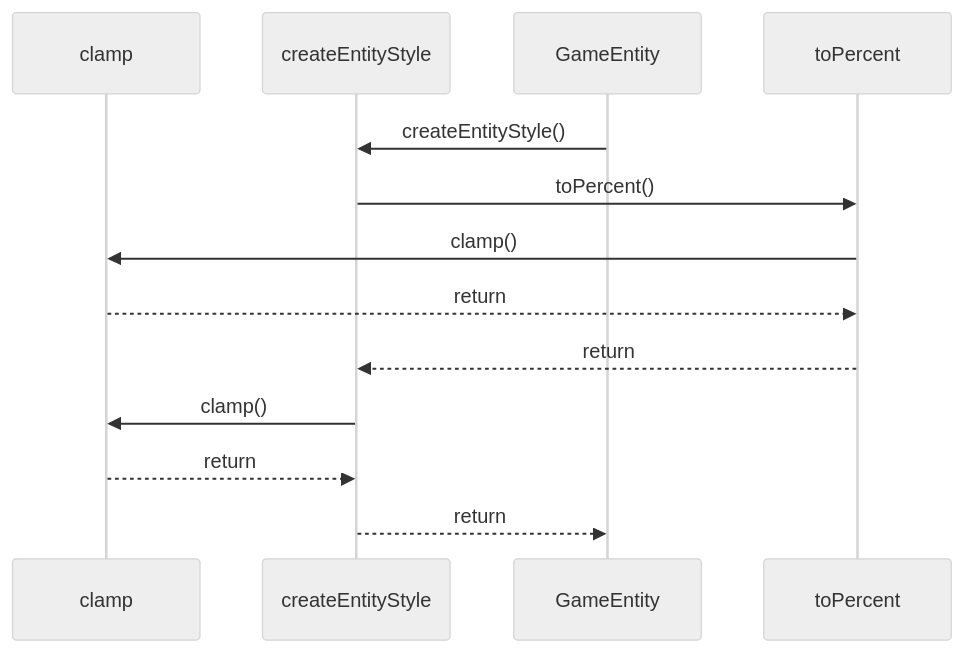
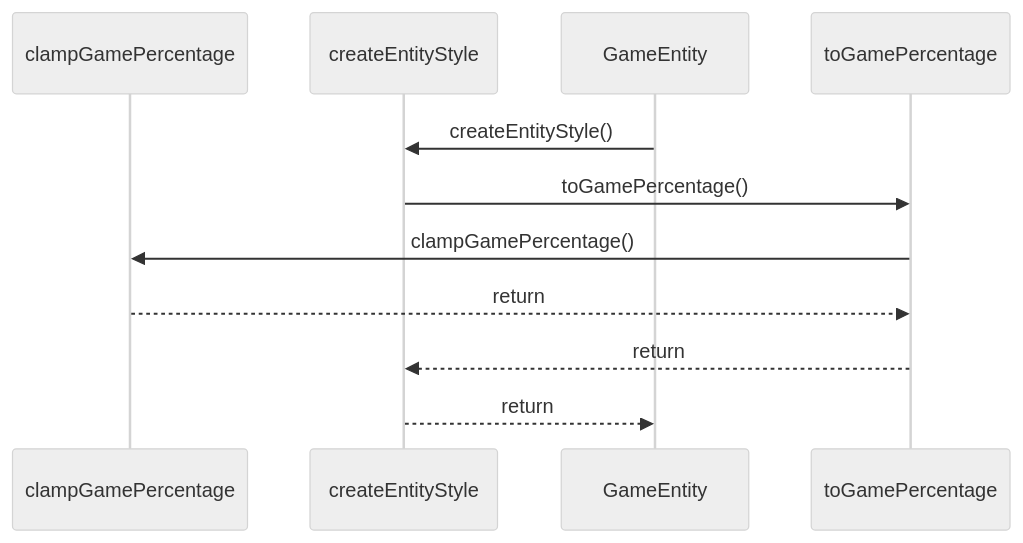
The diagram in paradox/diagrams/sequences/game-entity.mmd (ankhorage/zora-game), drawn with Mermaid (neutral theme) before and after one commit. The commit also changed 14 other files, not shown here.

```diff
--- a/paradox/diagrams/sequences/game-entity.mmd
+++ b/paradox/diagrams/sequences/game-entity.mmd
@@ -1,13 +1,11 @@
 sequenceDiagram
-  participant participant_clamp as clamp
+  participant participant_clampGamePercentage as clampGamePercentage
   participant participant_createEntityStyle as createEntityStyle
   participant participant_GameEntity as GameEntity
-  participant participant_toPercent as toPercent
+  participant participant_toGamePercentage as toGamePercentage
   participant_GameEntity->>participant_createEntityStyle: createEntityStyle()
-  participant_createEntityStyle->>participant_toPercent: toPercent()
-  participant_toPercent->>participant_clamp: clamp()
-  participant_clamp-->>participant_toPercent: return
-  participant_toPercent-->>participant_createEntityStyle: return
-  participant_createEntityStyle->>participant_clamp: clamp()
-  participant_clamp-->>participant_createEntityStyle: return
+  participant_createEntityStyle->>participant_toGamePercentage: toGamePercentage()
+  participant_toGamePercentage->>participant_clampGamePercentage: clampGamePercentage()
+  participant_clampGamePercentage-->>participant_toGamePercentage: return
+  participant_toGamePercentage-->>participant_createEntityStyle: return
   participant_createEntityStyle-->>participant_GameEntity: return
```
